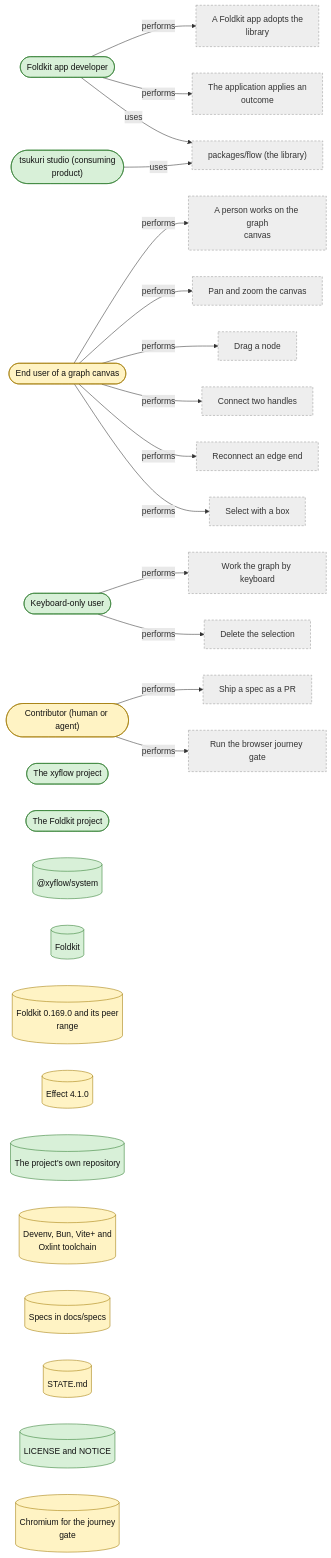
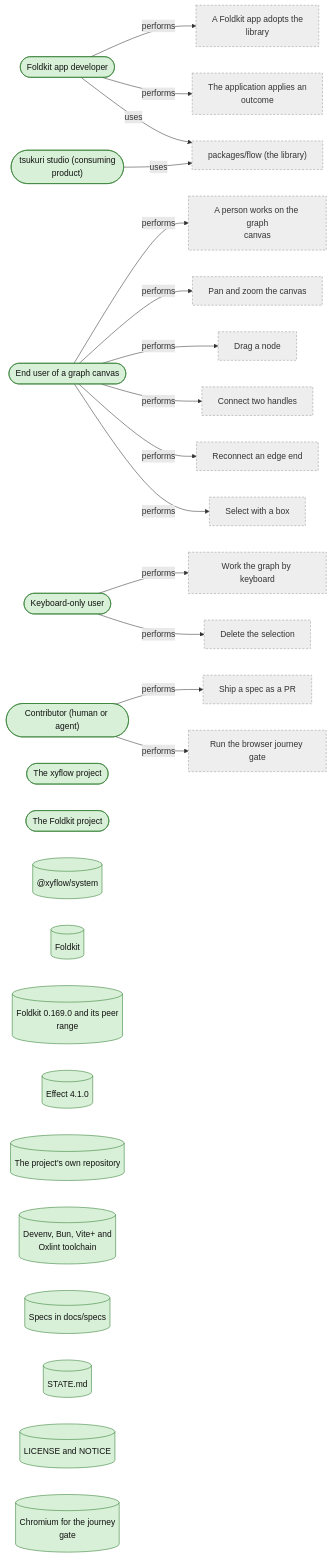
Before and after one commit to reebeat/.github: the fourth of 4 diagrams in docs/actors-and-resources.md, drawn with Mermaid. The commit also changed other lines of this file and 43 other files, not shown here.

````diff
--- a/docs/actors-and-resources.md
+++ b/docs/actors-and-resources.md
@@ -296,51 +296,51 @@
 ```mermaid
 flowchart LR
     classDef decided fill:#d8f0d8,stroke:#2d7a2d,color:#111
     classDef proposed fill:#fff3c4,stroke:#a07800,color:#111
     classDef open fill:#f8d7d7,stroke:#a02020,color:#111
     classDef outside fill:#eee,stroke:#999,color:#333,stroke-dasharray:4 3
     actor_flow_app_developer(["Foldkit app developer"]):::decided
     actor_flow_studio(["tsukuri studio (consuming<br/>product)"]):::decided
-    actor_flow_end_user(["End user of a graph canvas"]):::proposed
+    actor_flow_end_user(["End user of a graph canvas"]):::decided
     actor_flow_keyboard_user(["Keyboard-only user"]):::decided
-    actor_flow_contributor(["Contributor (human or agent)"]):::proposed
+    actor_flow_contributor(["Contributor (human or agent)"]):::decided
     actor_flow_xyflow(["The xyflow project"]):::decided
     actor_flow_foldkit_project(["The Foldkit project"]):::decided
     resource_flow_xyflow_system[("@xyflow/system")]:::decided
     resource_flow_foldkit[("Foldkit")]:::decided
-    resource_flow_foldkit_pin[("Foldkit 0.169.0 and its peer<br/>range")]:::proposed
-    resource_flow_effect[("Effect 4.1.0")]:::proposed
+    resource_flow_foldkit_pin[("Foldkit 0.169.0 and its peer<br/>range")]:::decided
+    resource_flow_effect[("Effect 4.1.0")]:::decided
     resource_flow_repo[("The project's own repository")]:::decided
-    resource_flow_toolchain[("Devenv, Bun, Vite+ and<br/>Oxlint toolchain")]:::proposed
-    resource_flow_specs[("Specs in docs/specs")]:::proposed
-    resource_flow_state_file[("STATE.md")]:::proposed
+    resource_flow_toolchain[("Devenv, Bun, Vite+ and<br/>Oxlint toolchain")]:::decided
+    resource_flow_specs[("Specs in docs/specs")]:::decided
+    resource_flow_state_file[("STATE.md")]:::decided
     resource_flow_notice[("LICENSE and NOTICE")]:::decided
-    resource_flow_chromium[("Chromium for the journey<br/>gate")]:::proposed
+    resource_flow_chromium[("Chromium for the journey<br/>gate")]:::decided
     process_flow_adopt_library["A Foldkit app adopts the<br/>library"]:::outside
     process_flow_apply_outcome["The application applies an<br/>outcome"]:::outside
     comp_flow_library["packages/flow (the library)"]:::outside
     process_flow_use_canvas["A person works on the graph<br/>canvas"]:::outside
     process_flow_pan_zoom["Pan and zoom the canvas"]:::outside
     process_flow_drag_node["Drag a node"]:::outside
     process_flow_connect_handles["Connect two handles"]:::outside
     process_flow_reconnect_edge["Reconnect an edge end"]:::outside
     process_flow_box_select["Select with a box"]:::outside
     process_flow_keyboard_navigate["Work the graph by keyboard"]:::outside
     process_flow_delete_selection["Delete the selection"]:::outside
     process_flow_ship_spec["Ship a spec as a PR"]:::outside
     process_flow_run_journey_gate["Run the browser journey gate"]:::outside
     actor_flow_app_developer -->|performs| process_flow_adopt_library
     actor_flow_app_developer -->|performs| process_flow_apply_outcome
     actor_flow_app_developer -->|uses| comp_flow_library
     actor_flow_studio -->|uses| comp_flow_library
     actor_flow_end_user -->|performs| process_flow_use_canvas
     actor_flow_end_user -->|performs| process_flow_pan_zoom
     actor_flow_end_user -->|performs| process_flow_drag_node
     actor_flow_end_user -->|performs| process_flow_connect_handles
     actor_flow_end_user -->|performs| process_flow_reconnect_edge
     actor_flow_end_user -->|performs| process_flow_box_select
     actor_flow_keyboard_user -->|performs| process_flow_keyboard_navigate
     actor_flow_keyboard_user -->|performs| process_flow_delete_selection
     actor_flow_contributor -->|performs| process_flow_ship_spec
     actor_flow_contributor -->|performs| process_flow_run_journey_gate
 ```
````
